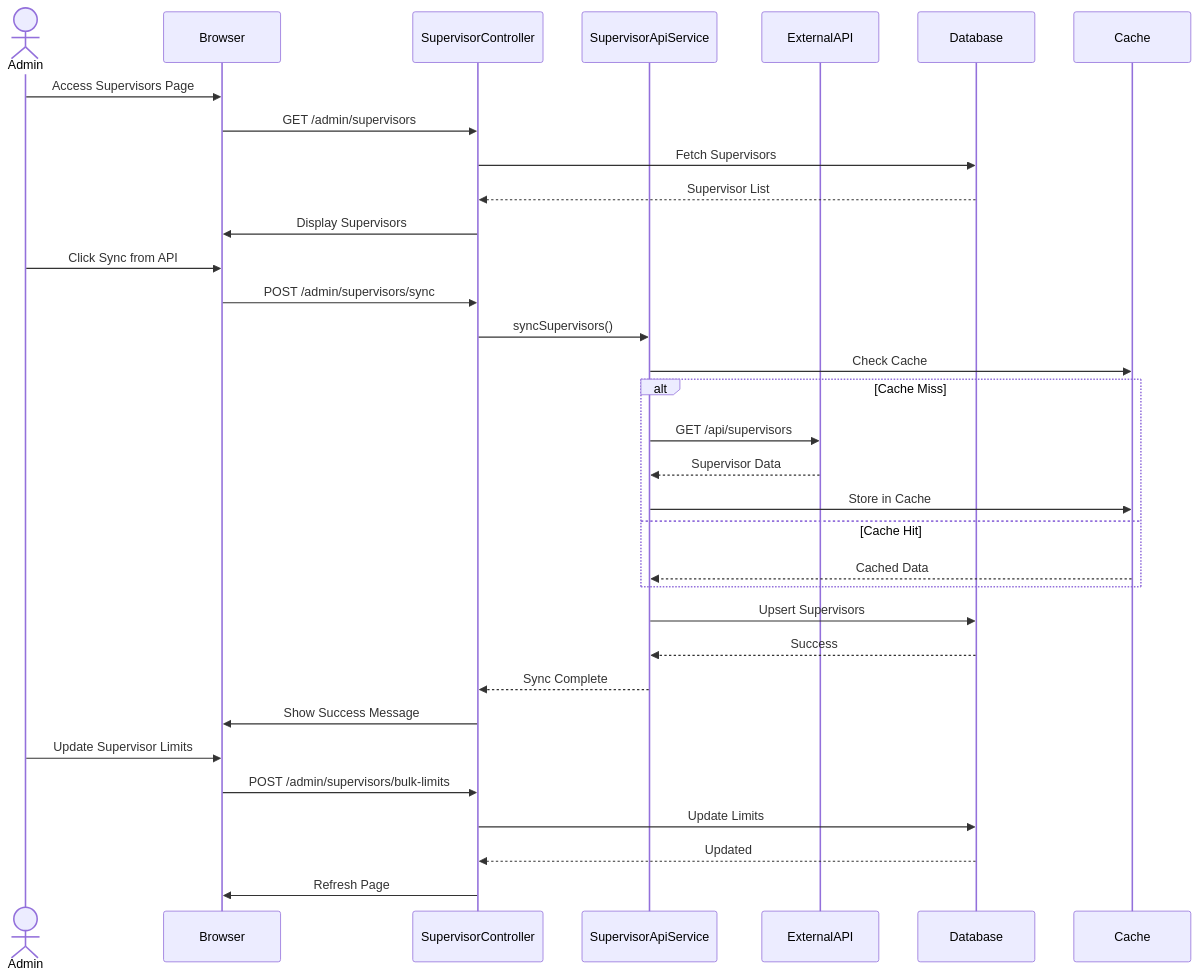
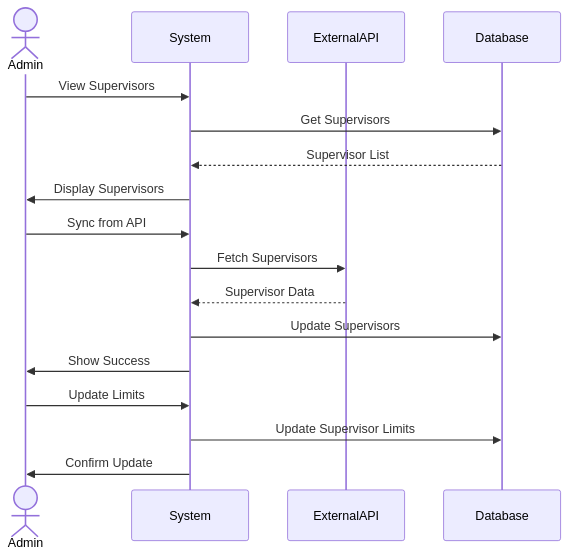
One commit to abdullah2323442/thesisrepo-backup changed the second of 19 diagrams in documentation/sequence-diagrams.md. Above: the diagram before and after it, drawn with Mermaid. The commit also changed other lines of this file, not shown here.

````diff
--- a/documentation/sequence-diagrams.md
+++ b/documentation/sequence-diagrams.md
@@ -61,40 +48,22 @@
 ```mermaid
 sequenceDiagram
     actor Admin
-    participant Browser
-    participant SupervisorController
-    participant SupervisorApiService
+    participant System
     participant ExternalAPI
     participant Database
-    participant Cache
 
-    Admin->>Browser: Access Supervisors Page
-    Browser->>SupervisorController: GET /admin/supervisors
-    SupervisorController->>Database: Fetch Supervisors
-    Database-->>SupervisorController: Supervisor List
-    SupervisorController->>Browser: Display Supervisors
+    Admin->>System: View Supervisors
+    System->>Database: Get Supervisors
+    Database-->>System: Supervisor List
+    System->>Admin: Display Supervisors
     
-    Admin->>Browser: Click Sync from API
-    Browser->>SupervisorController: POST /admin/supervisors/sync
-    SupervisorController->>SupervisorApiService: syncSupervisors()
-    SupervisorApiService->>Cache: Check Cache
+    Admin->>System: Sync from API
+    System->>ExternalAPI: Fetch Supervisors
+    ExternalAPI-->>System: Supervisor Data
+    System->>Database: Update Supervisors
+    System->>Admin: Show Success
     
-    alt Cache Miss
-        SupervisorApiService->>ExternalAPI: GET /api/supervisors
-        ExternalAPI-->>SupervisorApiService: Supervisor Data
-        SupervisorApiService->>Cache: Store in Cache
-    else Cache Hit
-        Cache-->>SupervisorApiService: Cached Data
-    end
-    
-    SupervisorApiService->>Database: Upsert Supervisors
-    Database-->>SupervisorApiService: Success
-    SupervisorApiService-->>SupervisorController: Sync Complete
-    SupervisorController->>Browser: Show Success Message
-    
-    Admin->>Browser: Update Supervisor Limits
-    Browser->>SupervisorController: POST /admin/supervisors/bulk-limits
-    SupervisorController->>Database: Update Limits
-    Database-->>SupervisorController: Updated
-    SupervisorController->>Browser: Refresh Page
+    Admin->>System: Update Limits
+    System->>Database: Update Supervisor Limits
+    System->>Admin: Confirm Update
 ```
````
